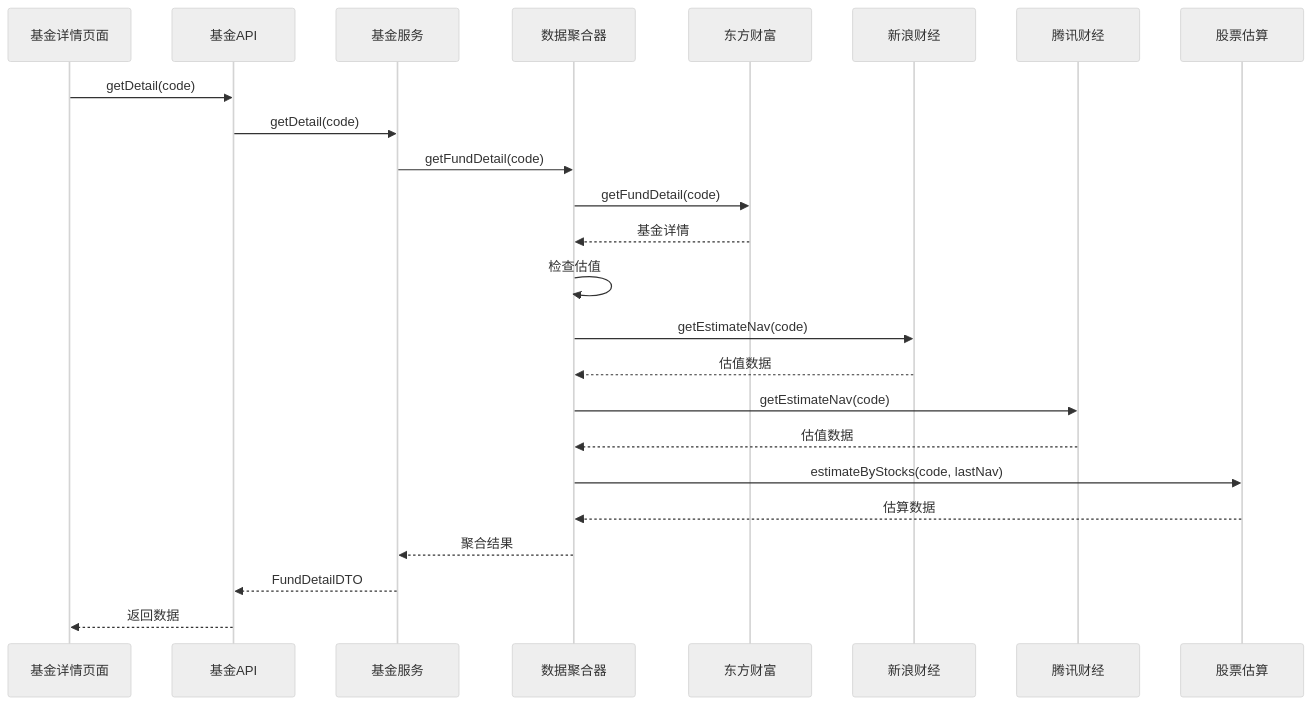
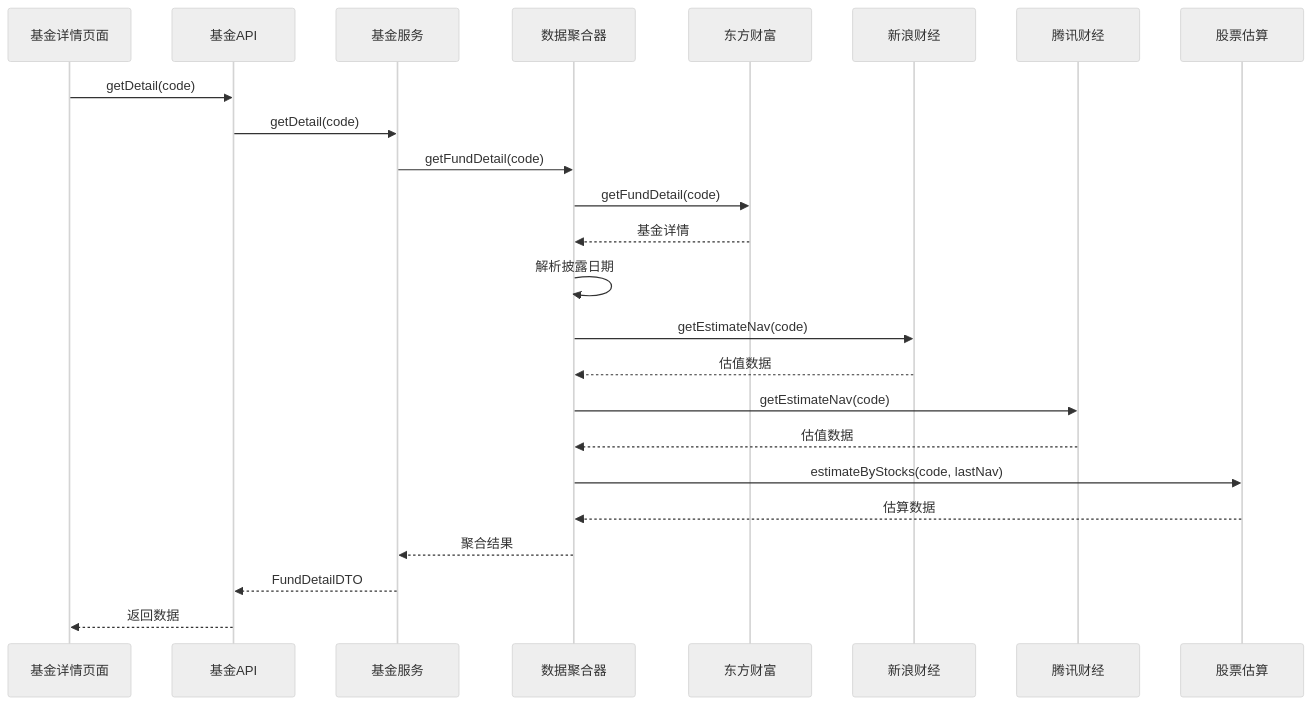
One commit to gree-coder/fund-butler changed the seventh of 14 diagrams in .qoder/repowiki/zh/content/Fund Detail Enhancement.md. Above: the diagram before and after it, drawn with Mermaid (neutral theme). The commit also changed other lines of this file and 5 other files, not shown here.

````diff
--- a/.qoder/repowiki/zh/content/Fund Detail Enhancement.md
+++ b/.qoder/repowiki/zh/content/Fund Detail Enhancement.md
@@ -355,26 +359,26 @@
 ```mermaid
 sequenceDiagram
 participant Page as 基金详情页面
 participant API as 基金API
 participant Service as 基金服务
 participant Aggregator as 数据聚合器
 participant EastMoney as 东方财富
 participant Sina as 新浪财经
 participant Tencent as 腾讯财经
 participant Stock as 股票估算
 Page->>API : getDetail(code)
 API->>Service : getDetail(code)
 Service->>Aggregator : getFundDetail(code)
 Aggregator->>EastMoney : getFundDetail(code)
 EastMoney-->>Aggregator : 基金详情
-Aggregator->>Aggregator : 检查估值
+Aggregator->>Aggregator : 解析披露日期
 Aggregator->>Sina : getEstimateNav(code)
 Sina-->>Aggregator : 估值数据
 Aggregator->>Tencent : getEstimateNav(code)
 Tencent-->>Aggregator : 估值数据
 Aggregator->>Stock : estimateByStocks(code, lastNav)
 Stock-->>Aggregator : 估算数据
 Aggregator-->>Service : 聚合结果
 Service-->>API : FundDetailDTO
 API-->>Page : 返回数据
 ```
````
